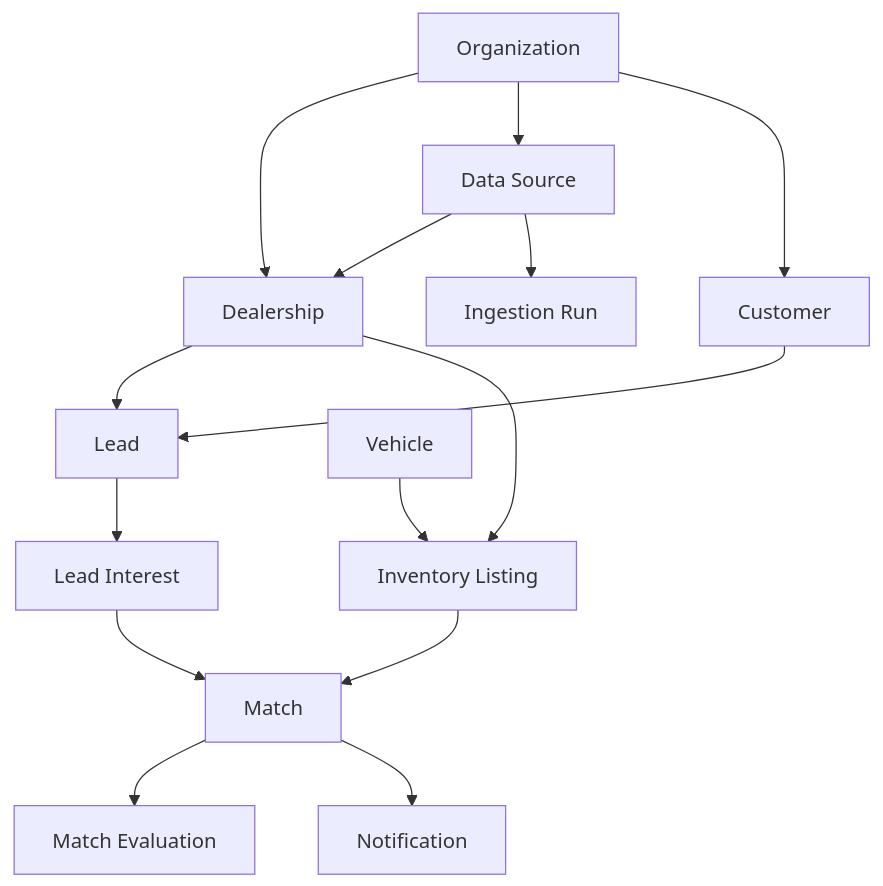
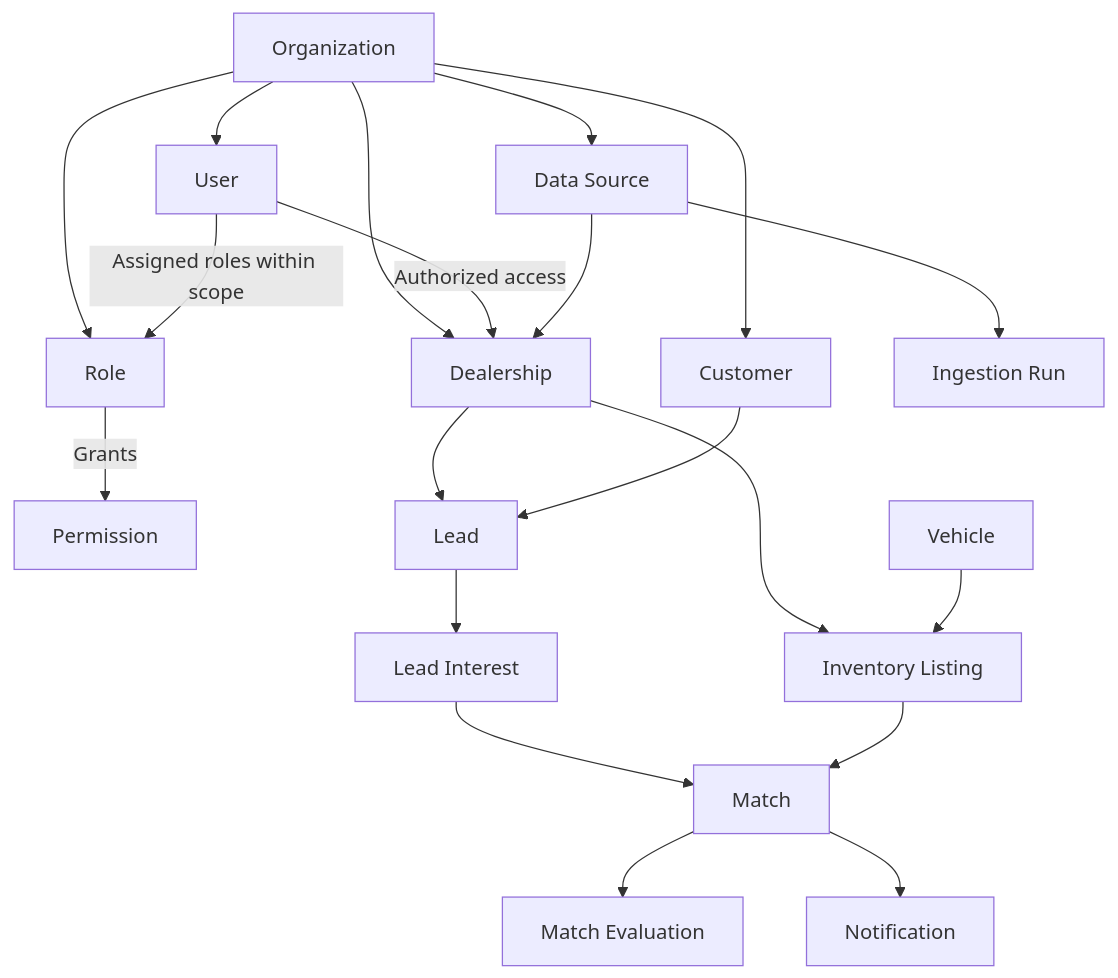
The diagram in docs/domain-model.md (turnlot/.github), drawn with Mermaid before and after one commit. The commit also changed other lines of this file and 2 other files, not shown here.

Commit message:
add data flow and update architecture + domain model with relevant connections

````diff
--- a/docs/domain-model.md
+++ b/docs/domain-model.md
@@ -87,36 +111,45 @@
 ```mermaid
 flowchart TD
     O["Organization"]
     D["Dealership"]
+    U["User"]
+    RL["Role"]
+    P["Permission"]
     S["Data Source"]
     C["Customer"]
     L["Lead"]
     I["Lead Interest"]
     V["Vehicle"]
     IL["Inventory Listing"]
     M["Match"]
     E["Match Evaluation"]
     N["Notification"]
     R["Ingestion Run"]
 
     O --> D
+    O --> U
+    O --> RL
     O --> S
     O --> C
+
+    U -->|"Assigned roles within scope"| RL
+    RL -->|"Grants"| P
+    U -->|"Authorized access"| D
 
     S --> D
     S --> R
 
     D --> L
     D --> IL
 
     C --> L
     L --> I
 
     V --> IL
 
     I --> M
     IL --> M
 
     M --> E
     M --> N
 ```
````
